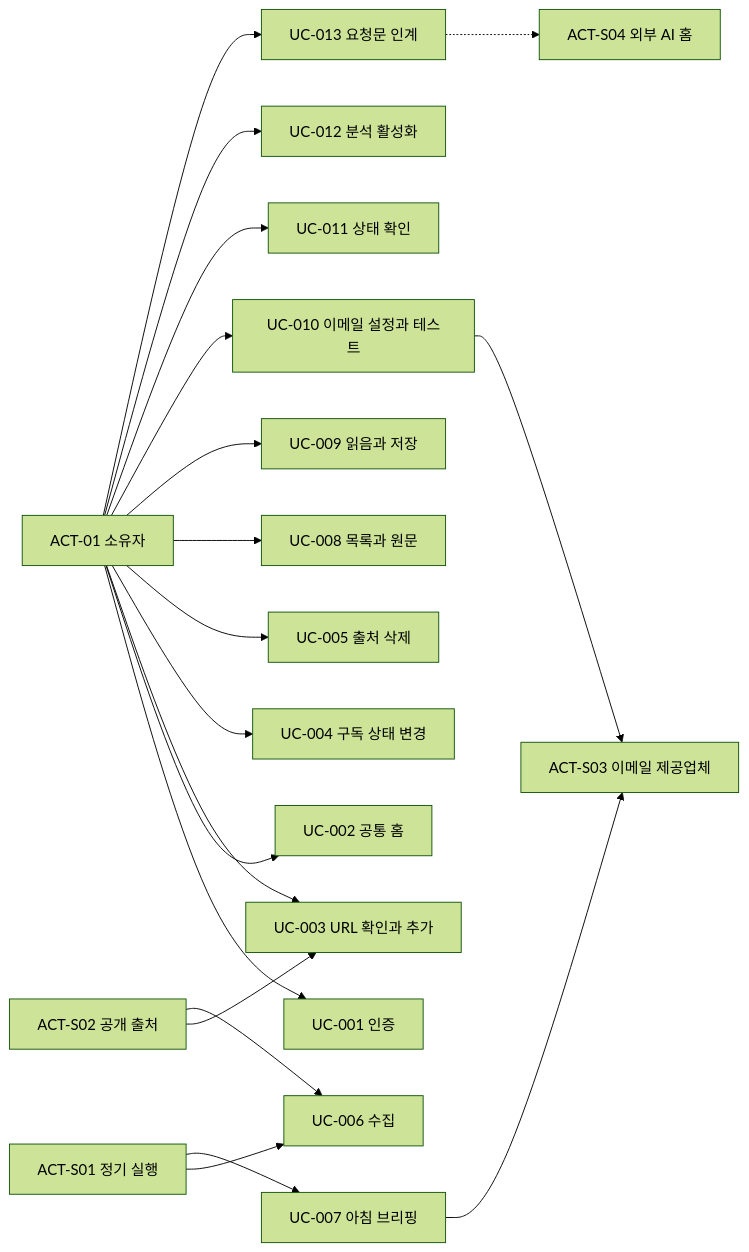
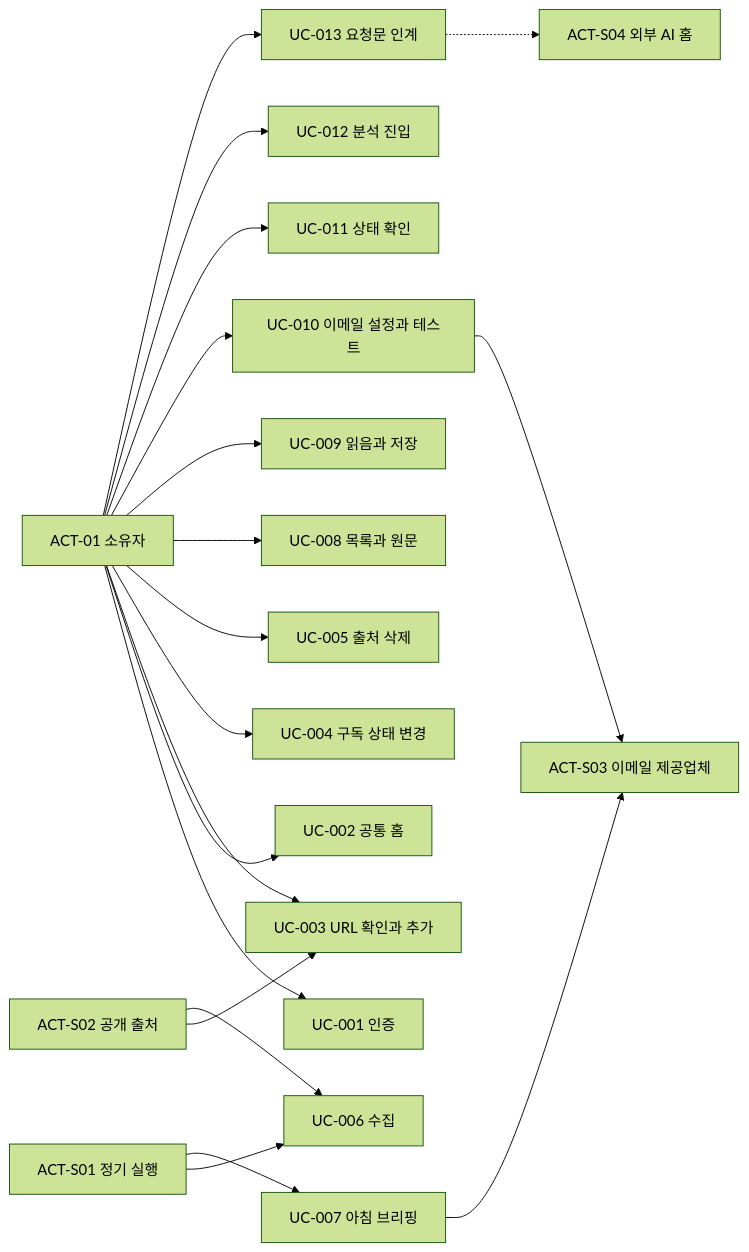
The first of 2 diagrams in waterfall/01-요구사항분석/유스케이스명세서.md (miji0/levelup-vibe), drawn with Mermaid (forest theme) before and after one commit. The commit also changed other lines of this file and 22 other files, not shown here.

````diff
--- a/waterfall/01-요구사항분석/유스케이스명세서.md
+++ b/waterfall/01-요구사항분석/유스케이스명세서.md
@@ -36,21 +43,21 @@
 ```mermaid
 flowchart LR
     O["ACT-01 소유자"] --> A["UC-001 인증"]
     O --> B["UC-002 공통 홈"]
     O --> C["UC-003 URL 확인과 추가"]
     O --> D["UC-004 구독 상태 변경"]
     O --> E["UC-005 출처 삭제"]
     O --> F["UC-008 목록과 원문"]
     O --> G["UC-009 읽음과 저장"]
     O --> H["UC-010 이메일 설정과 테스트"]
     O --> I["UC-011 상태 확인"]
-    O --> J["UC-012 분석 활성화"]
+    O --> J["UC-012 분석 진입"]
     O --> K["UC-013 요청문 인계"]
     S["ACT-S01 정기 실행"] --> L["UC-006 수집"]
     S --> M["UC-007 아침 브리핑"]
     P["ACT-S02 공개 출처"] --> C
     P --> L
     M --> N["ACT-S03 이메일 제공업체"]
     H --> N
     K -.-> Q["ACT-S04 외부 AI 홈"]
 ```
````
